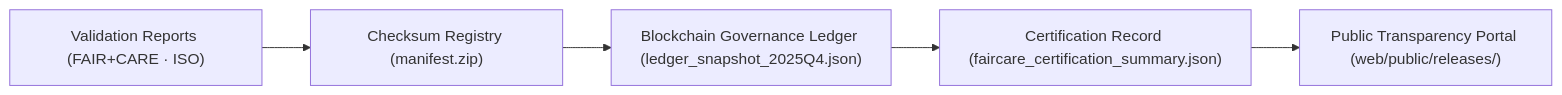
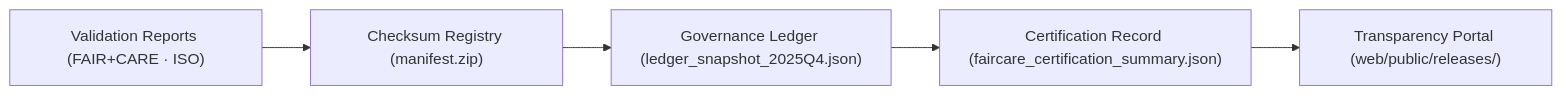
The sixth of 7 diagrams in docs/architecture/data-flow-diagrams.md (bartytime4life/Kansas-Frontier-Matrix), drawn with Mermaid before and after one commit. The commit also changed other lines of this file, not shown here.

First line of the commit message:
Upgrade data flow diagrams to version 10.2.3

````diff
--- a/docs/architecture/data-flow-diagrams.md
+++ b/docs/architecture/data-flow-diagrams.md
@@ -124,7 +169,7 @@
 ```mermaid
 flowchart LR
     A["Validation Reports (FAIR+CARE · ISO)"] --> B["Checksum Registry (manifest.zip)"]
-    B --> C["Blockchain Governance Ledger (ledger_snapshot_2025Q4.json)"]
+    B --> C["Governance Ledger (ledger_snapshot_2025Q4.json)"]
     C --> D["Certification Record (faircare_certification_summary.json)"]
-    D --> E["Public Transparency Portal (web/public/releases/)"]
+    D --> E["Transparency Portal (web/public/releases/)"]
 ```
````
